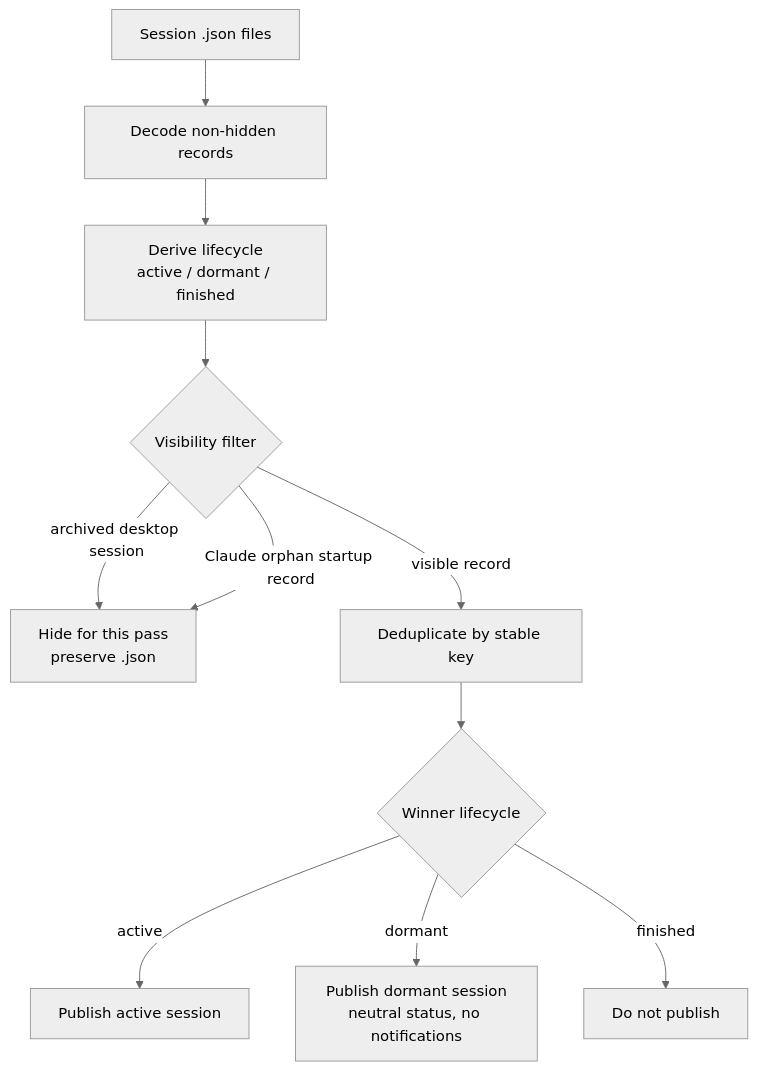
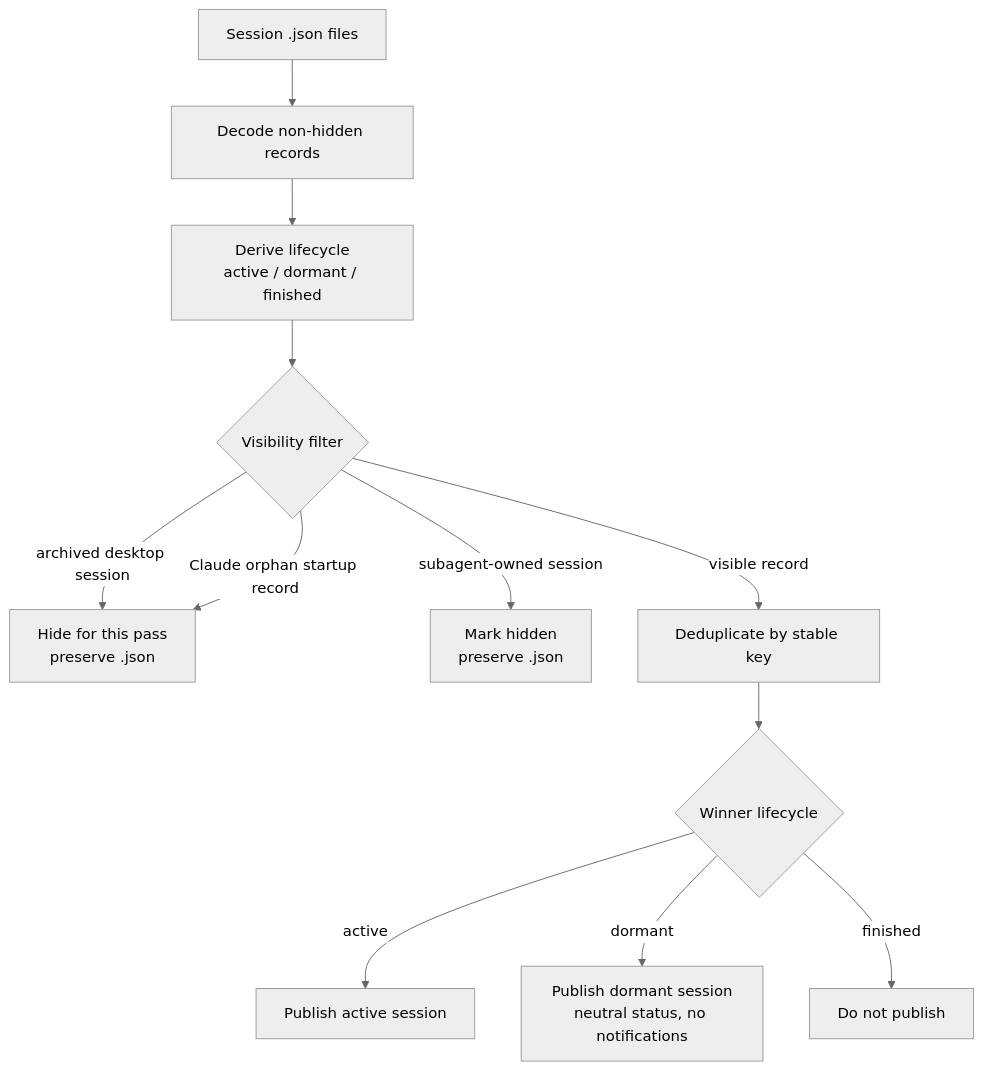
One commit to tnagatomi/cctop changed the first of 3 diagrams in docs/session-lifecycle.md. Above: the diagram before and after it, drawn with Mermaid (neutral theme). The commit also changed other lines of this file and 11 other files, not shown here.

Commit message:
Hide subagent-owned sessions (#134)

````diff
--- a/docs/session-lifecycle.md
+++ b/docs/session-lifecycle.md
@@ -18,15 +18,16 @@
 ```mermaid
 flowchart TD
     A["Session .json files"] --> B["Decode non-hidden records"]
     B --> C["Derive lifecycle<br/>active / dormant / finished"]
     C --> D{"Visibility filter"}
 
     D -->|"archived desktop session"| E["Hide for this pass<br/>preserve .json"]
+    D -->|"subagent-owned session"| K["Mark hidden<br/>preserve .json"]
     D -->|"Claude orphan startup record"| E
     D -->|"visible record"| F["Deduplicate by stable key"]
 
     F --> G{"Winner lifecycle"}
     G -->|active| H["Publish active session"]
     G -->|dormant| I["Publish dormant session<br/>neutral status, no notifications"]
     G -->|finished| J["Do not publish"]
 ```
````
